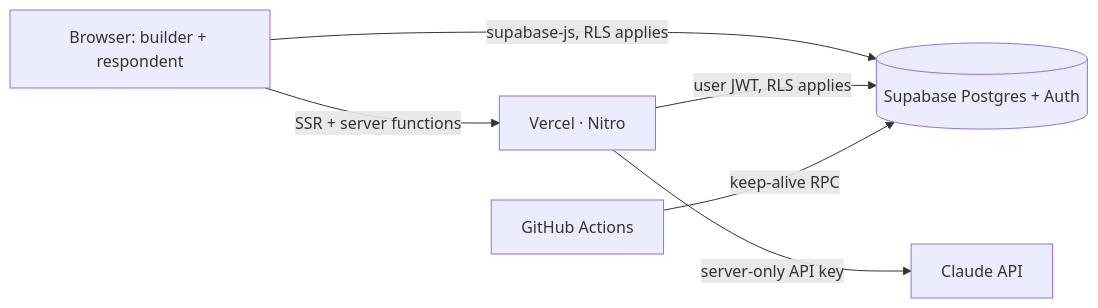
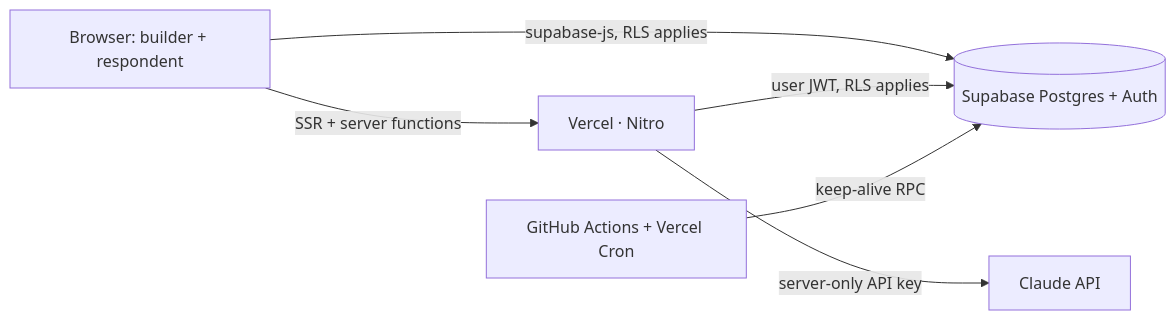
One commit to andriuskleinas/flowform changed the diagram in README.md. Above: the diagram before and after it, drawn with Mermaid. The commit also changed other lines of this file and 4 other files, not shown here.

````diff
--- a/README.md
+++ b/README.md
@@ -67,8 +89,8 @@
 ```mermaid
 flowchart LR
   U[Browser: builder + respondent] -->|SSR + server functions| V[Vercel · Nitro]
   U -->|supabase-js, RLS applies| S[(Supabase Postgres + Auth)]
   V -->|user JWT, RLS applies| S
   V -->|server-only API key| C[Claude API]
-  GH[GitHub Actions] -->|keep-alive RPC| S
+  K[GitHub Actions + Vercel Cron] -->|keep-alive RPC| S
 ```
````
